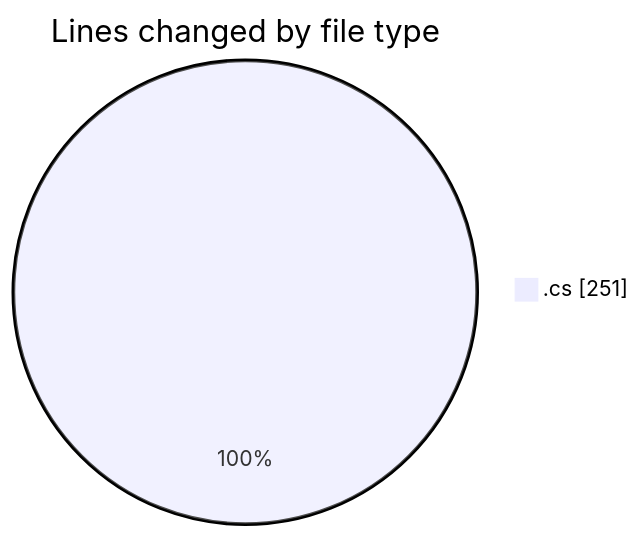
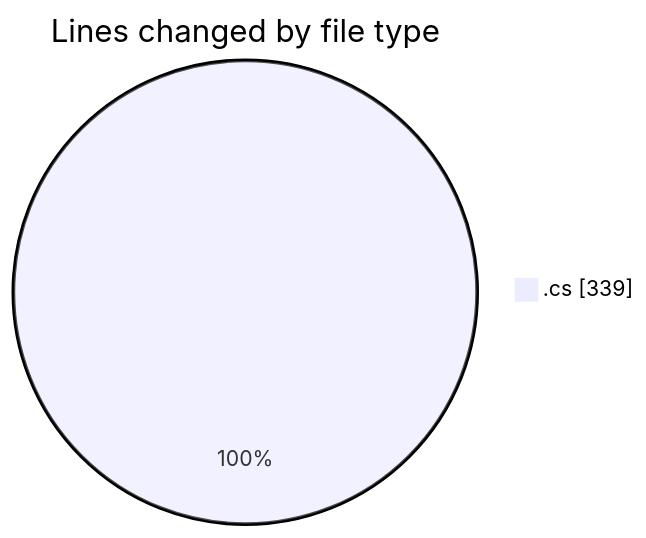
Before and after one commit to Netris89/code-tracking: the first of 2 diagrams in 2025-04-29/back-end/README.md, drawn with Mermaid. The commit also changed other lines of this file and 1 other file, not shown here.

````diff
--- a/2025-04-29/back-end/README.md
+++ b/2025-04-29/back-end/README.md
@@ -22,5 +23,5 @@
 ```mermaid
 pie showData
 title Lines changed by file type
-".cs" : 251
+".cs" : 339
 ```
````
